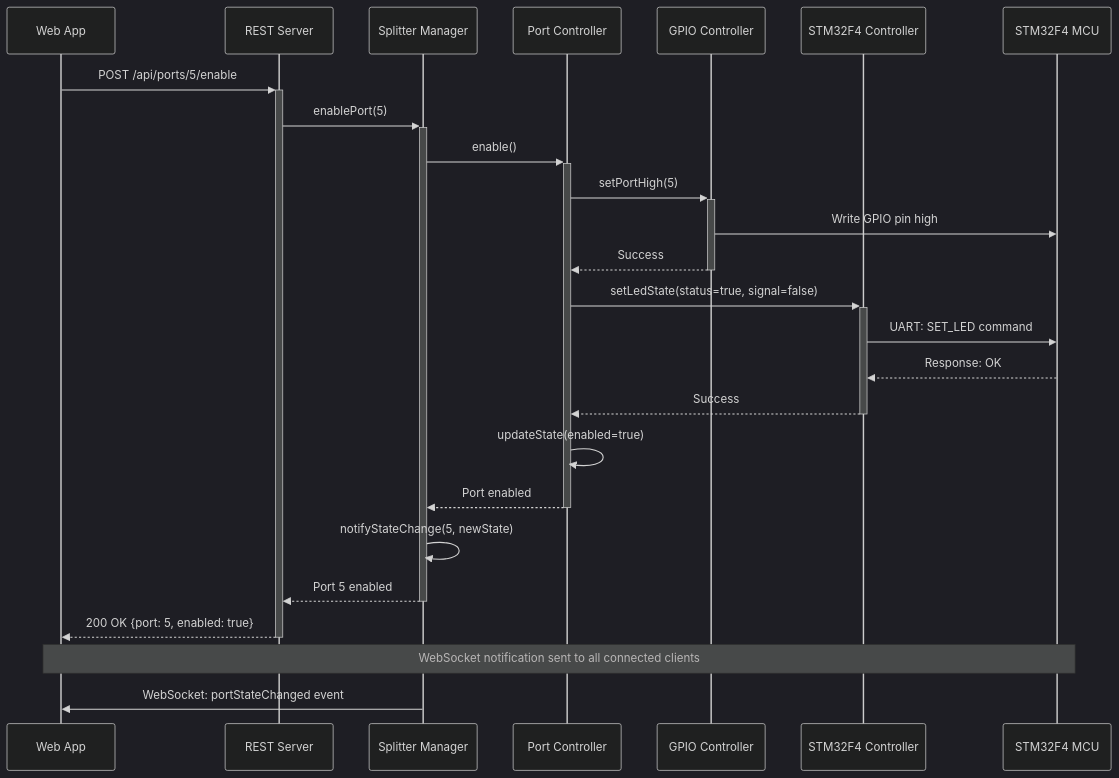
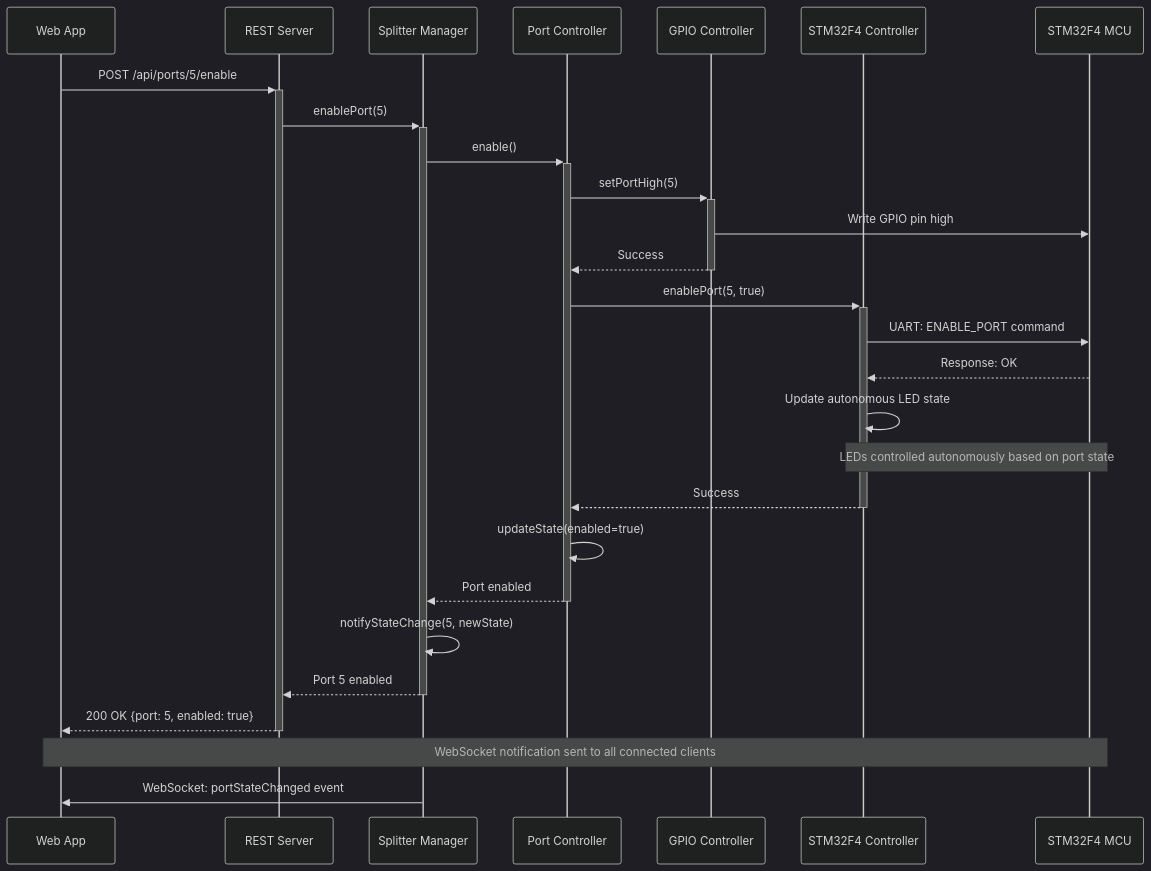
Before and after one commit to alandovskis/lband-splitter: the fourth of 5 diagrams in README.md, drawn with Mermaid (dark theme). The commit also changed other lines of this file and 11 other files, not shown here.

````diff
--- a/README.md
+++ b/README.md
@@ -174,34 +174,36 @@
 ```mermaid
 sequenceDiagram
     participant WebApp as Web App
     participant REST as REST Server
     participant Manager as Splitter Manager
     participant Port as Port Controller
     participant GPIO as GPIO Controller
     participant STM32 as STM32F4 Controller
     participant Hardware as STM32F4 MCU
     
     WebApp->>+REST: POST /api/ports/5/enable
     REST->>+Manager: enablePort(5)
     Manager->>+Port: enable()
     
     Port->>+GPIO: setPortHigh(5)
     GPIO->>Hardware: Write GPIO pin high
     GPIO-->>-Port: Success
     
-    Port->>+STM32: setLedState(status=true, signal=false)
-    STM32->>Hardware: UART: SET_LED command
+    Port->>+STM32: enablePort(5, true)
+    STM32->>Hardware: UART: ENABLE_PORT command
     Hardware-->>STM32: Response: OK
+    STM32->>STM32: Update autonomous LED state
+    Note over STM32,Hardware: LEDs controlled autonomously based on port state
     STM32-->>-Port: Success
     
     Port->>Port: updateState(enabled=true)
     Port-->>-Manager: Port enabled
     
     Manager->>Manager: notifyStateChange(5, newState)
     Manager-->>-REST: Port 5 enabled
     
     REST-->>-WebApp: 200 OK {port: 5, enabled: true}
     
     Note over WebApp,Hardware: WebSocket notification sent to all connected clients
     Manager->>WebApp: WebSocket: portStateChanged event
 ```
````
